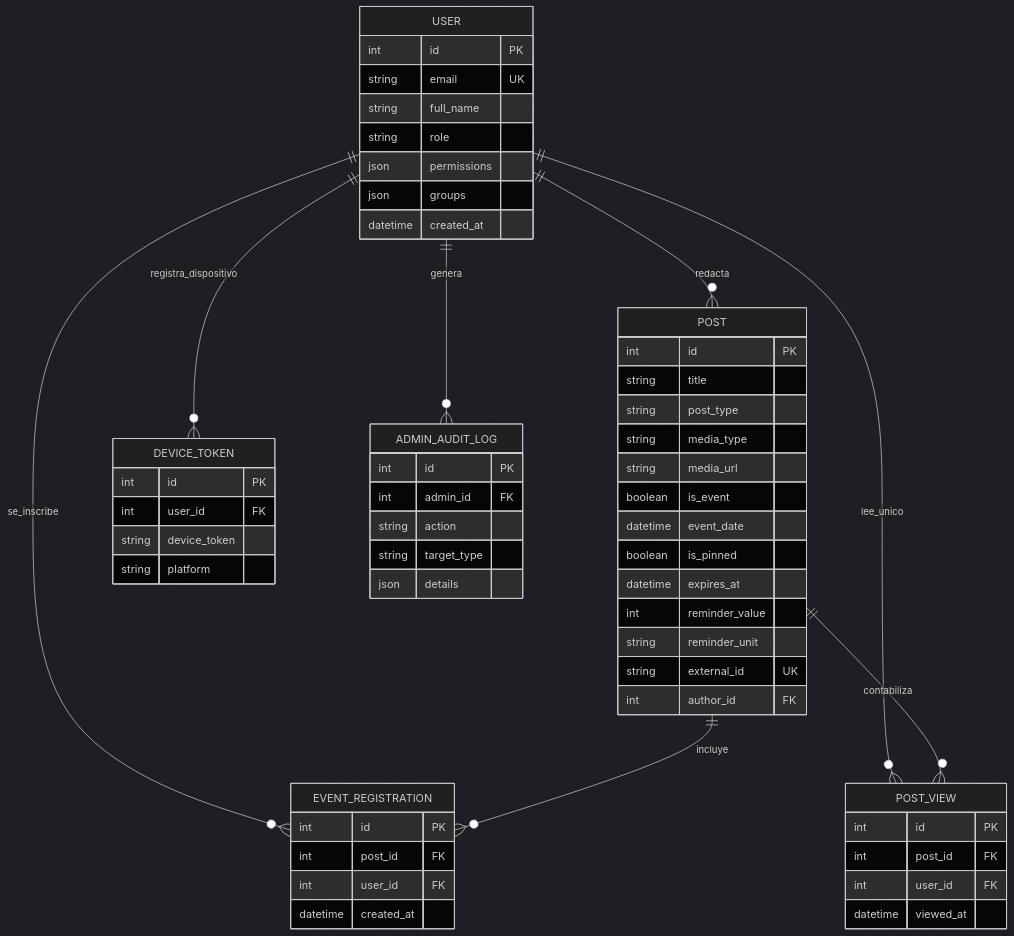
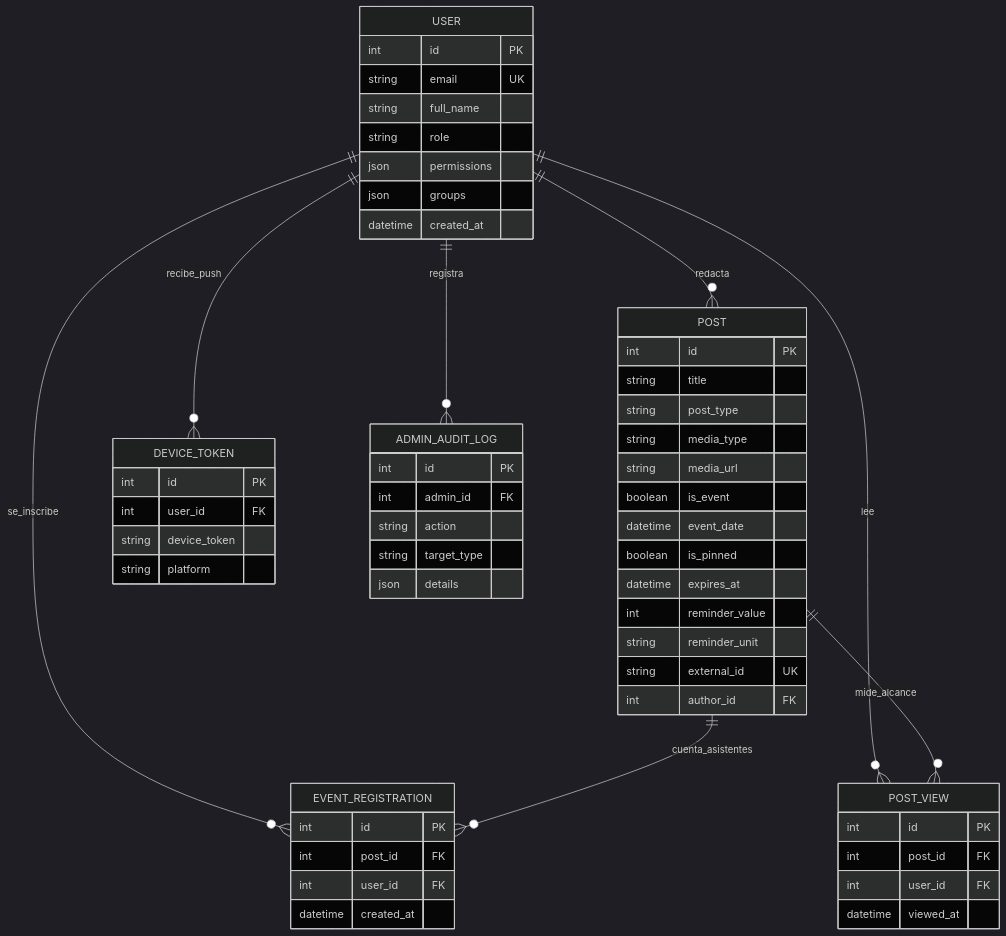
Before and after one commit to Pascal-Thommen/pascal-thommen.github.io: the first of 2 diagrams in content/posts/upa-campus-app-architecture-part-6/index.es.md, drawn with Mermaid (dark theme). The commit also changed other lines of this file and 25 other files, not shown here.

````diff
--- a/content/posts/upa-campus-app-architecture-part-6/index.es.md
+++ b/content/posts/upa-campus-app-architecture-part-6/index.es.md
@@ -28,60 +28,60 @@
 ```mermaid
 erDiagram
     USER ||--o{ POST : "redacta"
     USER ||--o{ EVENT_REGISTRATION : "se_inscribe"
-    USER ||--o{ POST_VIEW : "lee_unico"
-    USER ||--o{ DEVICE_TOKEN : "registra_dispositivo"
-    USER ||--o{ ADMIN_AUDIT_LOG : "genera"
-    POST ||--o{ EVENT_REGISTRATION : "incluye"
-    POST ||--o{ POST_VIEW : "contabiliza"
+    USER ||--o{ POST_VIEW : "lee"
+    USER ||--o{ DEVICE_TOKEN : "recibe_push"
+    USER ||--o{ ADMIN_AUDIT_LOG : "registra"
+    POST ||--o{ EVENT_REGISTRATION : "cuenta_asistentes"
+    POST ||--o{ POST_VIEW : "mide_alcance"
 
     USER {
         int id PK
         string email UK
         string full_name
         string role
         json permissions
         json groups
         datetime created_at
     }
     POST {
         int id PK
         string title
         string post_type
         string media_type
         string media_url
         boolean is_event
         datetime event_date
         boolean is_pinned
         datetime expires_at
         int reminder_value
         string reminder_unit
         string external_id UK
         int author_id FK
     }
     EVENT_REGISTRATION {
         int id PK
         int post_id FK
         int user_id FK
         datetime created_at
     }
     POST_VIEW {
         int id PK
         int post_id FK
         int user_id FK
         datetime viewed_at
     }
     DEVICE_TOKEN {
         int id PK
         int user_id FK
         string device_token
         string platform
     }
     ADMIN_AUDIT_LOG {
         int id PK
         int admin_id FK
         string action
         string target_type
         json details
     }
 ```
````
